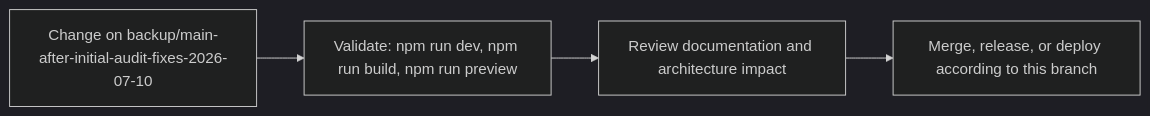
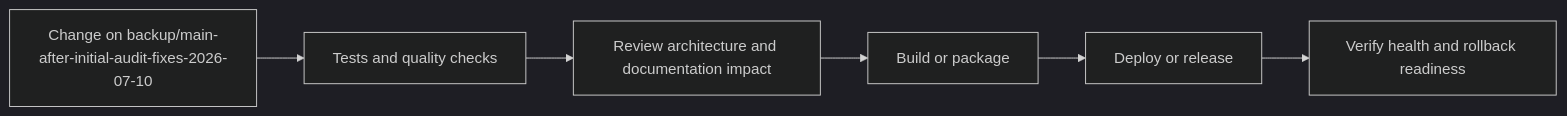
Before and after one commit to Nischhalsubba/nischhalsubba.com.np: the fourth of 5 diagrams in README.md, drawn with Mermaid (dark theme). The commit also changed other lines of this file, not shown here.

````diff
--- a/README.md
+++ b/README.md
@@ -83,8 +161,8 @@
 ```mermaid
 flowchart LR
-    CHANGE["Change on backup/main-after-initial-audit-fixes-2026-07-10"]
-    CHECK["Validate: npm run dev, npm run build, npm run preview"]
-    REVIEW["Review documentation and architecture impact"]
-    RELEASE["Merge, release, or deploy according to this branch"]
-    CHANGE --> CHECK --> REVIEW --> RELEASE
+    CHANGE["Change on backup/main-after-initial-audit-fixes-2026-07-10"] --> CHECK["Tests and quality checks"]
+    CHECK --> REVIEW["Review architecture and documentation impact"]
+    REVIEW --> BUILD["Build or package"]
+    BUILD --> DEPLOY["Deploy or release"]
+    DEPLOY --> VERIFY["Verify health and rollback readiness"]
 ```
````
